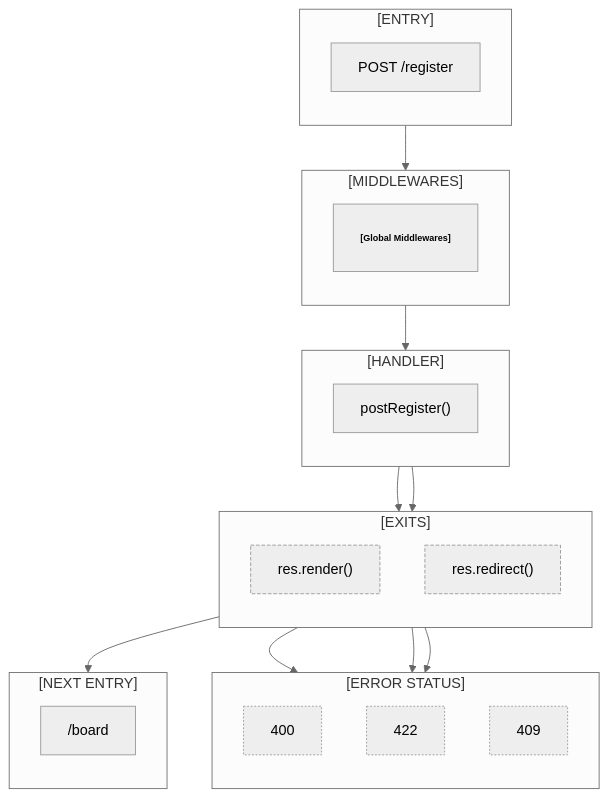
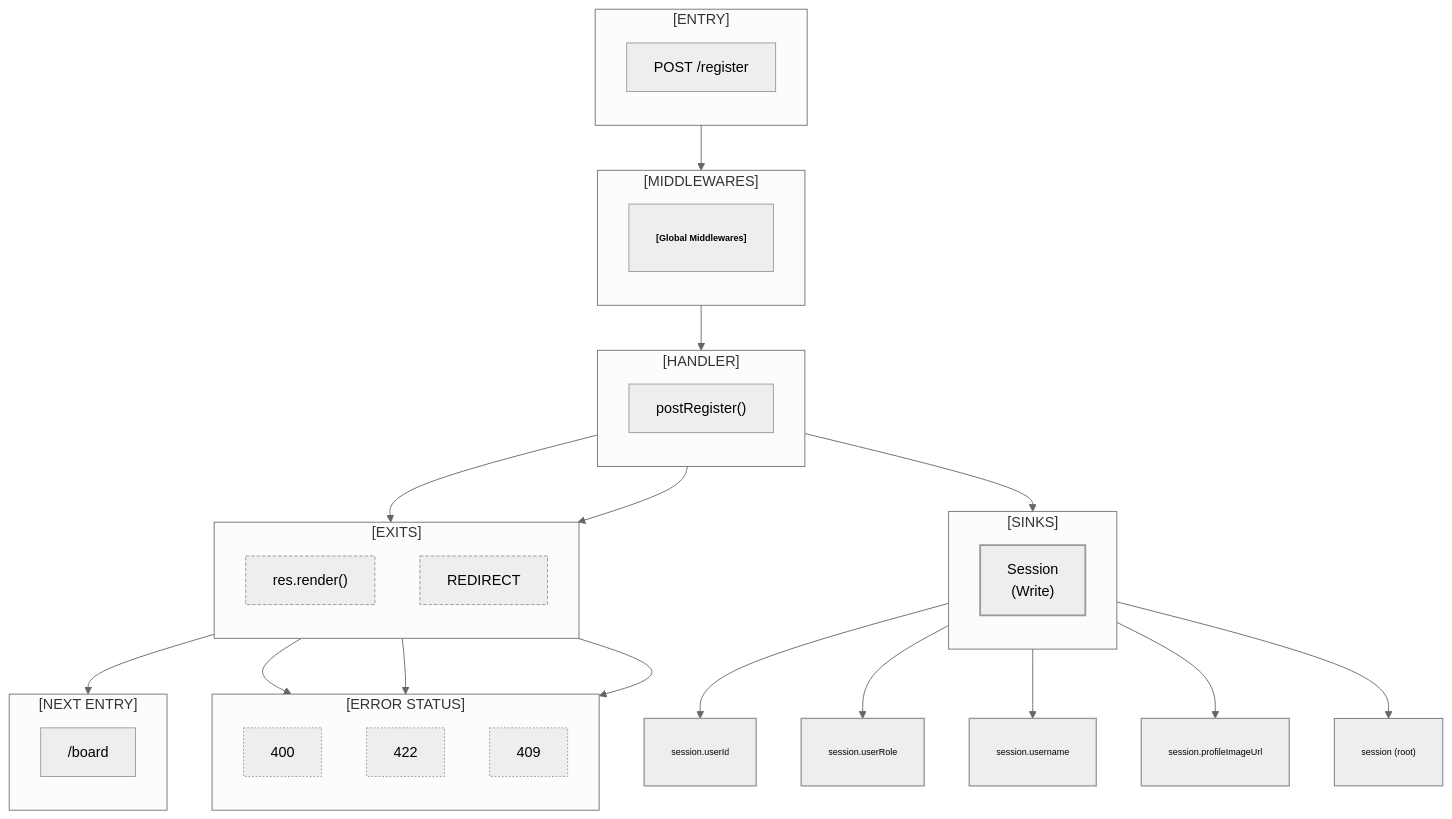
The diagram in docs/flowmap/flows/POST__register.mmd (irondenker/my-code-my-kill), drawn with Mermaid (neutral theme) before and after one commit. The commit also changed 25 other files, not shown here.

Commit message:
📚 Docs: Update flowmap session key styles and redirect labels

```diff
--- a/docs/flowmap/flows/POST__register.mmd
+++ b/docs/flowmap/flows/POST__register.mmd
@@ -1,43 +1,66 @@
 flowchart TD
 subgraph ENTRY_BLOCK["[ENTRY]"]
 direction TB
 ENTRY["POST /register"]
 end
 subgraph MIDDLEWARES["[MIDDLEWARES]"]
 direction TB
 MIDDLEWARE1["<b>[Global Middlewares]</b>"]
 end
 ENTRY --> MIDDLEWARE1
 subgraph HANDLER_BLOCK["[HANDLER]"]
 direction TB
 HANDLER["postRegister()"]
 end
 MIDDLEWARE1 --> HANDLER
 subgraph ERROR_STATUS["[ERROR STATUS]"]
 direction TB
 RDIAG1["400"]
 RDIAG2["422"]
 RDIAG3["409"]
 end
+subgraph SINKS["[SINKS]"]
+direction TB
+SINK1["Session<br/>(Write)"]
+end
+HANDLER --> SINK1
+SINK_WRITE_KEY1["session.userId"]
+SINK_WRITE_KEY2["session.userRole"]
+SINK_WRITE_KEY3["session.username"]
+SINK_WRITE_KEY4["session.profileImageUrl"]
+SINK_WRITE_KEY5["session (root)"]
+SINK1 --> SINK_WRITE_KEY1
+SINK1 --> SINK_WRITE_KEY2
+SINK1 --> SINK_WRITE_KEY3
+SINK1 --> SINK_WRITE_KEY4
+SINK1 --> SINK_WRITE_KEY5
 subgraph EXITS["[EXITS]"]
 direction TB
 EXIT1["res.render()"]
-EXIT2["res.redirect()"]
+EXIT2["REDIRECT"]
 end
 HANDLER --> EXIT1
 HANDLER --> EXIT2
 EXIT1 --> RDIAG1
 EXIT1 --> RDIAG2
 EXIT1 --> RDIAG3
 subgraph NEXT_ENTRY["[NEXT ENTRY]"]
 direction TB
 NEXT_ENTRY1["/board"]
 end
 EXIT2 --> NEXT_ENTRY1
 classDef middleware font-size:10px,padding:2px,stroke-width:1;
 classDef diagnostics stroke-dasharray: 2 2;
 classDef sink stroke-width:2;
+classDef sessionKey font-size:10px,padding:2px;
+classDef flash stroke-dasharray: 5 3,stroke-width:1.5;
+classDef auth stroke-dasharray: 0,stroke-width:1.5;
+classDef other stroke:#6b7280;
 classDef exit stroke-dasharray: 4 2;
 class MIDDLEWARE1 middleware;
 class RDIAG1,RDIAG2,RDIAG3 diagnostics;
+class SINK1 sink;
+class SINK_WRITE_KEY1,SINK_WRITE_KEY2,SINK_WRITE_KEY3,SINK_WRITE_KEY4,SINK_WRITE_KEY5 sessionKey;
+class SINK_WRITE_KEY1,SINK_WRITE_KEY2,SINK_WRITE_KEY3,SINK_WRITE_KEY4 auth;
+class SINK_WRITE_KEY5 other;
 class EXIT1,EXIT2 exit;
```
